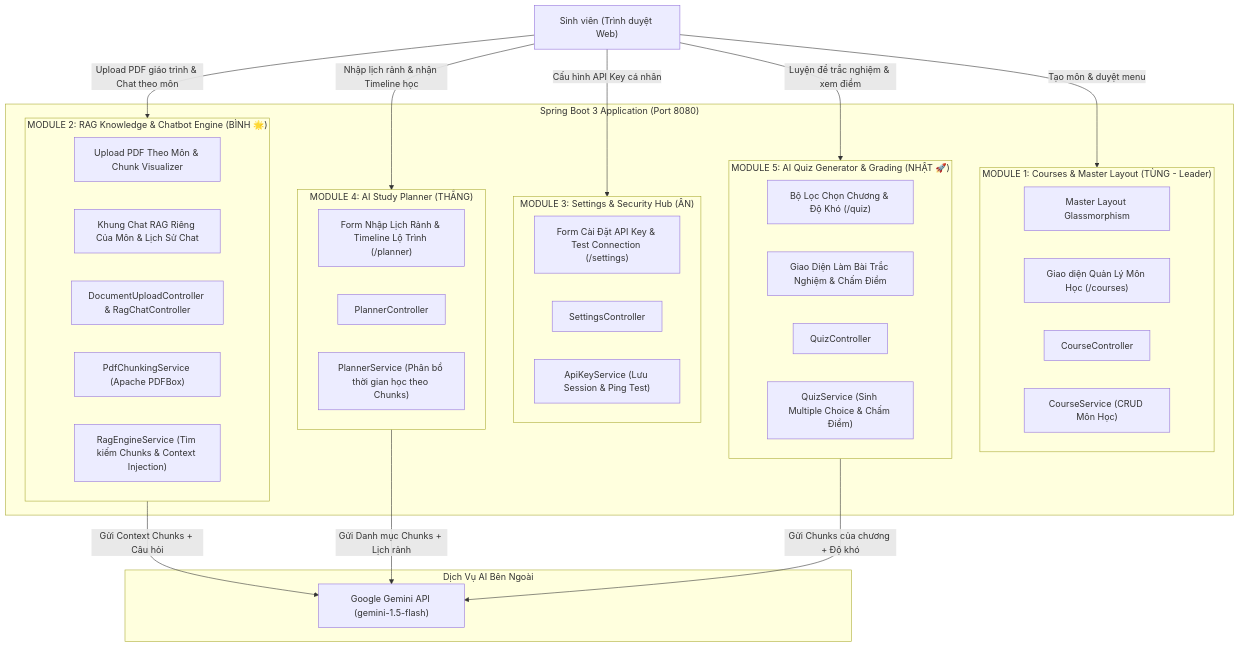
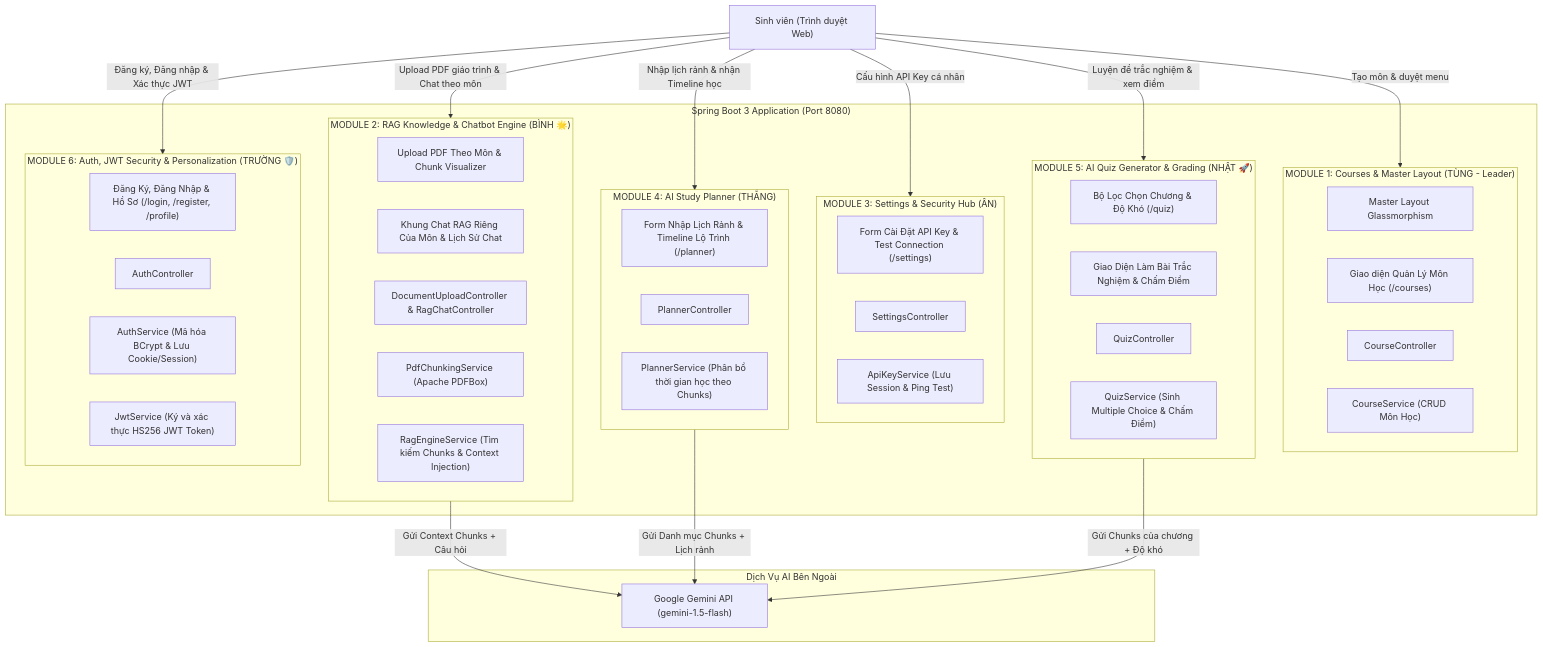
One commit to Tung-pro123/Smart-StudyHub-RAG changed the diagram in docs/05-features-and-architecture.md. Above: the diagram before and after it, drawn with Mermaid. The commit also changed other lines of this file and 17 other files, not shown here.

Commit message:
feat(auth): khoi tao module xac thuc jwt va phan cong chi tiet cho truong

````diff
--- a/docs/05-features-and-architecture.md
+++ b/docs/05-features-and-architecture.md
@@ -13,54 +13,62 @@
 ```mermaid
 graph TD
     User["Sinh viên (Trình duyệt Web)"]
     
     subgraph SpringBoot["Spring Boot 3 Application (Port 8080)"]
         subgraph Mod1["MODULE 1: Courses & Master Layout (TÙNG - Leader)"]
             LayoutView["Master Layout Glassmorphism"]
             CourseView["Giao diện Quản Lý Môn Học (/courses)"]
             CourseCtrl["CourseController"]
             CourseService["CourseService (CRUD Môn Học)"]
         end
 
         subgraph Mod2["MODULE 2: RAG Knowledge & Chatbot Engine (BÌNH 🌟)"]
             DocUploadView["Upload PDF Theo Môn & Chunk Visualizer"]
             RagChatView["Khung Chat RAG Riêng Của Môn & Lịch Sử Chat"]
             RagCtrl["DocumentUploadController & RagChatController"]
             PdfService["PdfChunkingService (Apache PDFBox)"]
             RagEngine["RagEngineService (Tìm kiếm Chunks & Context Injection)"]
         end
 
         subgraph Mod3["MODULE 3: Settings & Security Hub (ÂN)"]
             SettingView["Form Cài Đặt API Key & Test Connection (/settings)"]
             SettingCtrl["SettingsController"]
             ApiKeyService["ApiKeyService (Lưu Session & Ping Test)"]
         end
 
         subgraph Mod4["MODULE 4: AI Study Planner (THẮNG)"]
             PlannerView["Form Nhập Lịch Rảnh & Timeline Lộ Trình (/planner)"]
             PlannerCtrl["PlannerController"]
             PlannerService["PlannerService (Phân bổ thời gian học theo Chunks)"]
         end
 
         subgraph Mod5["MODULE 5: AI Quiz Generator & Grading (NHẬT 🚀)"]
             QuizFilterView["Bộ Lọc Chọn Chương & Độ Khó (/quiz)"]
             QuizExamView["Giao Diện Làm Bài Trắc Nghiệm & Chấm Điểm"]
             QuizCtrl["QuizController"]
             QuizService["QuizService (Sinh Multiple Choice & Chấm Điểm)"]
         end
+
+        subgraph Mod6["MODULE 6: Auth, JWT Security & Personalization (TRƯỜNG 🛡️)"]
+            AuthView["Đăng Ký, Đăng Nhập & Hồ Sơ (/login, /register, /profile)"]
+            AuthCtrl["AuthController"]
+            AuthService["AuthService (Mã hóa BCrypt & Lưu Cookie/Session)"]
+            JwtService["JwtService (Ký và xác thực HS256 JWT Token)"]
+        end
     end
 
     subgraph ExternalServices["Dịch Vụ AI Bên Ngoài"]
         GeminiAPI["Google Gemini API (gemini-1.5-flash)"]
     end
 
     User -->|Tạo môn & duyệt menu| Mod1
     User -->|Upload PDF giáo trình & Chat theo môn| Mod2
     User -->|Cấu hình API Key cá nhân| Mod3
     User -->|Nhập lịch rảnh & nhận Timeline học| Mod4
     User -->|Luyện đề trắc nghiệm & xem điểm| Mod5
+    User -->|Đăng ký, Đăng nhập & Xác thực JWT| Mod6
 
     Mod2 -->|Gửi Context Chunks + Câu hỏi| GeminiAPI
     Mod4 -->|Gửi Danh mục Chunks + Lịch rảnh| GeminiAPI
     Mod5 -->|Gửi Chunks của chương + Độ khó| GeminiAPI
 ```
````
